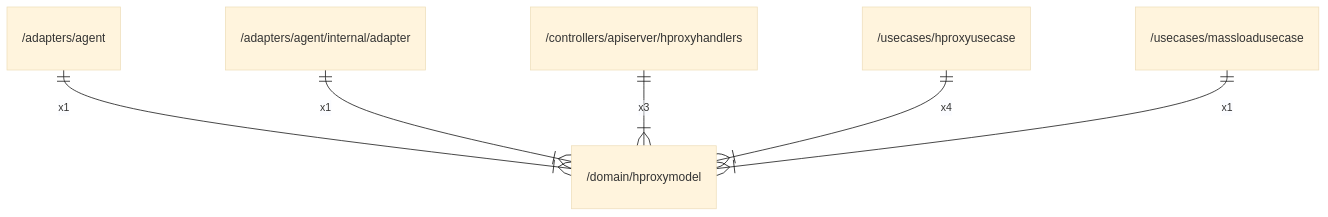
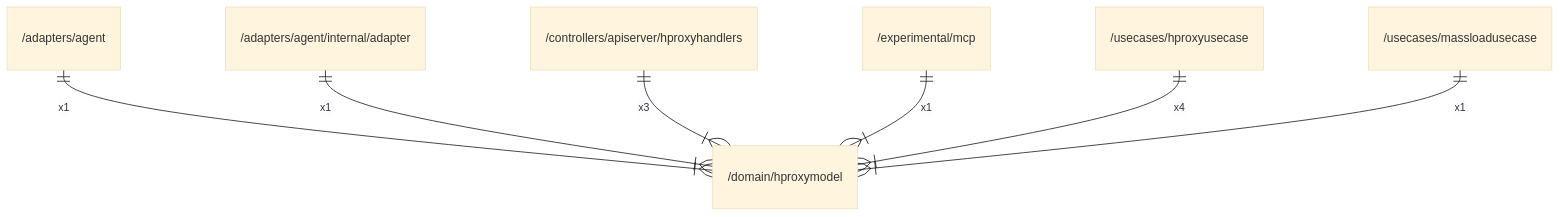
One commit to gbh007/hgraber-next changed the diagram in docs/arch/domain/hproxymodel.md. Above: the diagram before and after it, drawn with Mermaid (base theme). The commit also changed other lines of this file and 98 other files, not shown here.

````diff
--- a/docs/arch/domain/hproxymodel.md
+++ b/docs/arch/domain/hproxymodel.md
@@ -22,8 +30,9 @@
 ```mermaid
 erDiagram
     "/adapters/agent" ||--|{ "/domain/hproxymodel" : x1
     "/adapters/agent/internal/adapter" ||--|{ "/domain/hproxymodel" : x1
     "/controllers/apiserver/hproxyhandlers" ||--|{ "/domain/hproxymodel" : x3
+    "/experimental/mcp" ||--|{ "/domain/hproxymodel" : x1
     "/usecases/hproxyusecase" ||--|{ "/domain/hproxymodel" : x4
     "/usecases/massloadusecase" ||--|{ "/domain/hproxymodel" : x1
 ```
````
